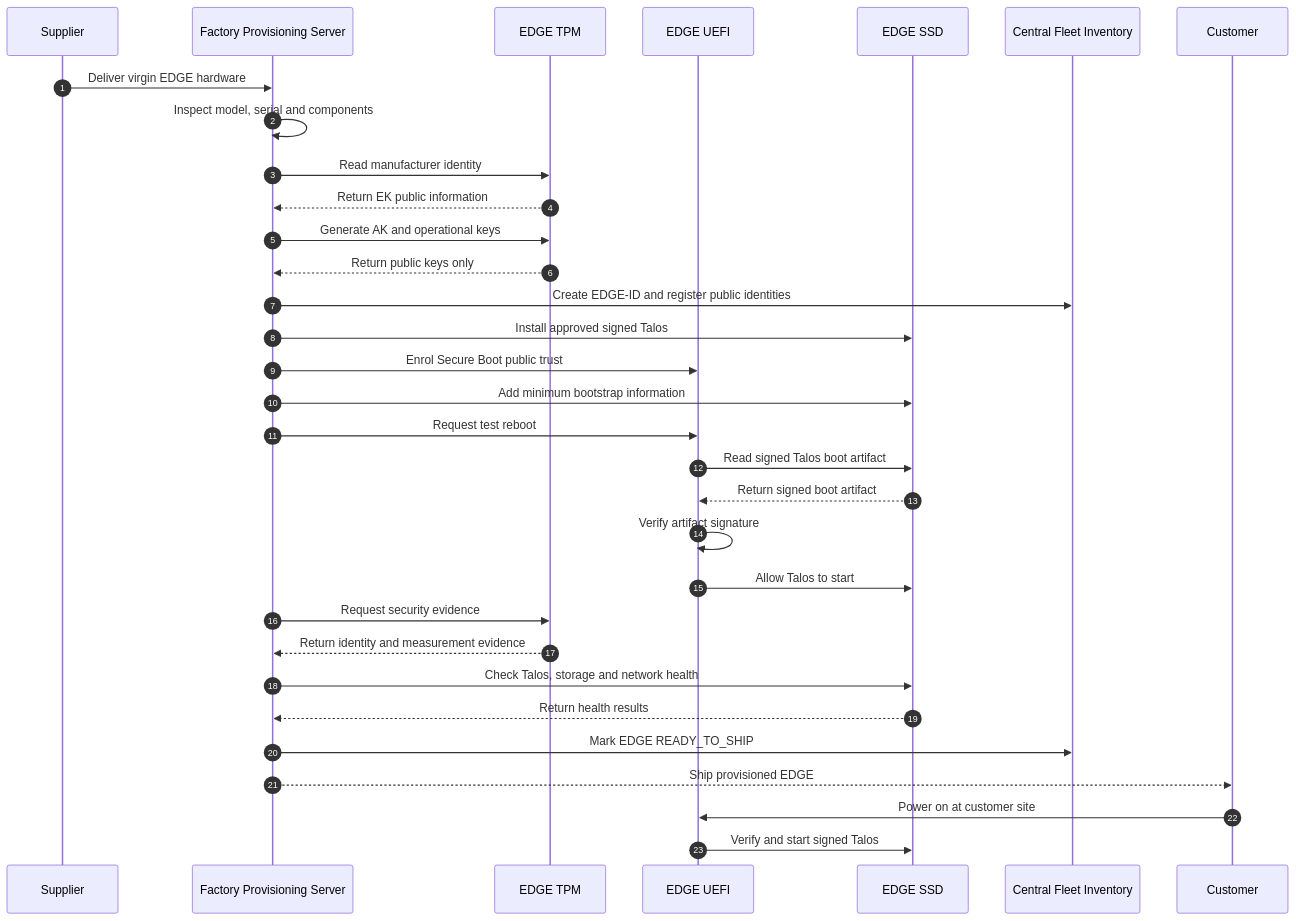
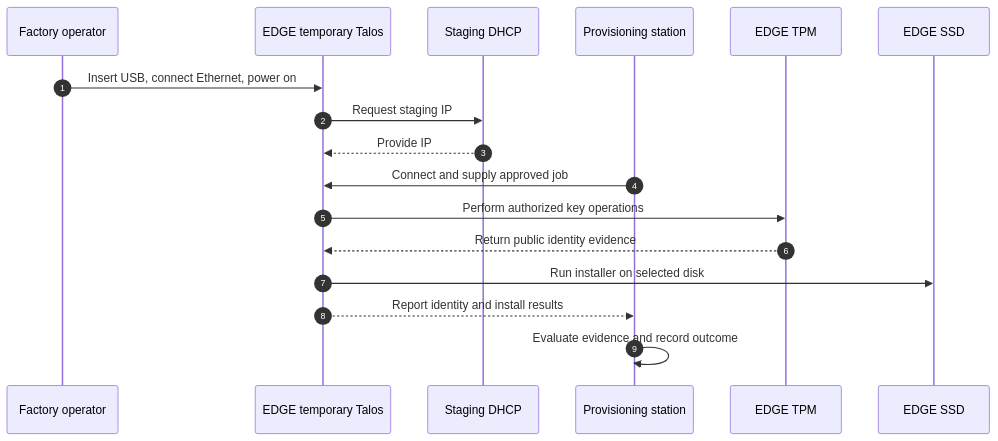
One commit to naren4b/learn-talos changed the first of 3 diagrams in docs/track-3-central-edge-platform/sub-topics/01-factory-provisioning.md. Above: the diagram before and after it, drawn with Mermaid. The commit also changed other lines of this file, not shown here.

Commit message:
Correct factory boot diagrams and standardize Mermaid visuals

````diff
--- a/docs/track-3-central-edge-platform/sub-topics/01-factory-provisioning.md
+++ b/docs/track-3-central-edge-platform/sub-topics/01-factory-provisioning.md
@@ -33,42 +33,19 @@
 ```mermaid
 sequenceDiagram
     autonumber
-
-    participant SUP as Supplier
-    participant PS as Factory Provisioning Server
+    participant OP as Factory operator
+    participant EDGE as EDGE temporary Talos
+    participant NET as Staging DHCP
+    participant STN as Provisioning station
     participant TPM as EDGE TPM
-    participant UEFI as EDGE UEFI
     participant SSD as EDGE SSD
-    participant INV as Central Fleet Inventory
-    participant CUST as Customer
-
-    SUP->>PS: Deliver virgin EDGE hardware
-    PS->>PS: Inspect model, serial and components
-
-    PS->>TPM: Read manufacturer identity
-    TPM-->>PS: Return EK public information
-    PS->>TPM: Generate AK and operational keys
-    TPM-->>PS: Return public keys only
-    PS->>INV: Create EDGE-ID and register public identities
-
-    PS->>SSD: Install approved signed Talos
-    PS->>UEFI: Enrol Secure Boot public trust
-    PS->>SSD: Add minimum bootstrap information
-
-    PS->>UEFI: Request test reboot
-    UEFI->>SSD: Read signed Talos boot artifact
-    SSD-->>UEFI: Return signed boot artifact
-    UEFI->>UEFI: Verify artifact signature
-    UEFI->>SSD: Allow Talos to start
-
-    PS->>TPM: Request security evidence
-    TPM-->>PS: Return identity and measurement evidence
-    PS->>SSD: Check Talos, storage and network health
-    SSD-->>PS: Return health results
-
-    PS->>INV: Mark EDGE READY_TO_SHIP
-    PS-->>CUST: Ship provisioned EDGE
-
-    CUST->>UEFI: Power on at customer site
-    UEFI->>SSD: Verify and start signed Talos
+    OP->>EDGE: Insert USB, connect Ethernet, power on
+    EDGE->>NET: Request staging IP
+    NET-->>EDGE: Provide IP
+    STN->>EDGE: Connect and supply approved job
+    EDGE->>TPM: Perform authorized key operations
+    TPM-->>EDGE: Return public identity evidence
+    EDGE->>SSD: Run installer on selected disk
+    EDGE-->>STN: Report identity and install results
+    STN->>STN: Evaluate evidence and record outcome
 ```
````
